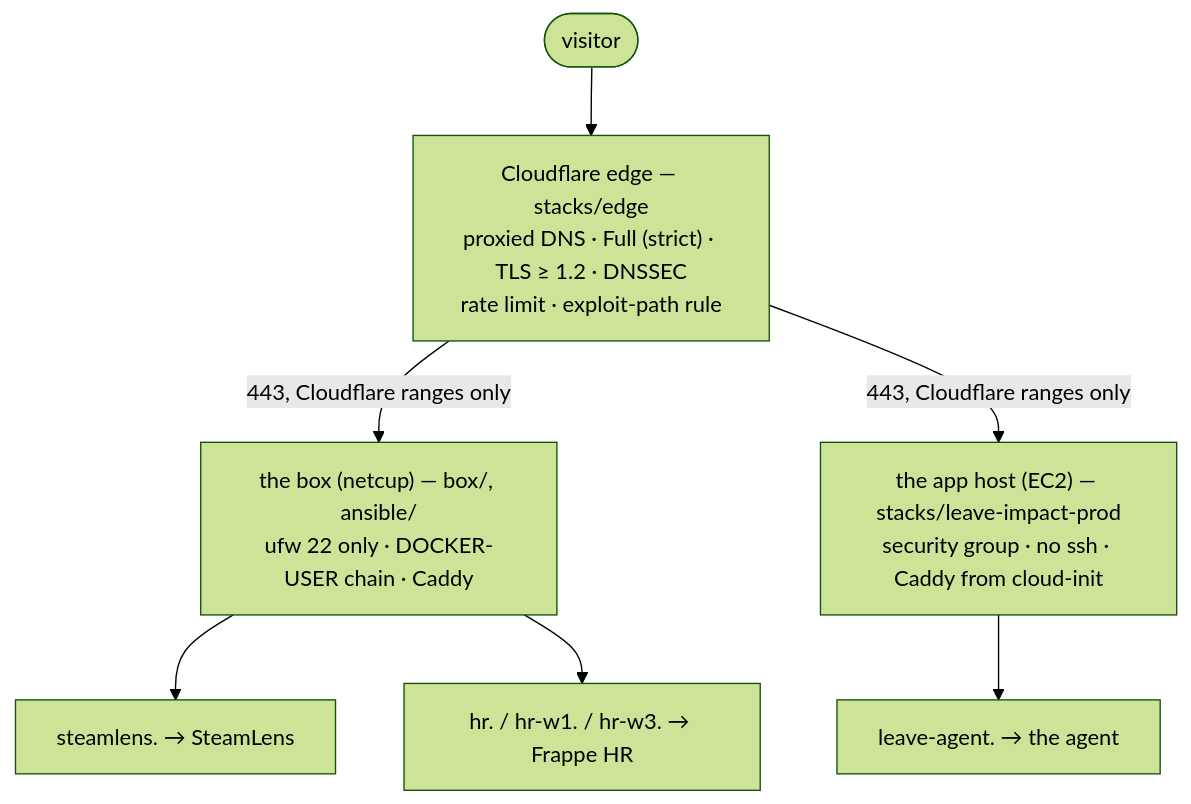
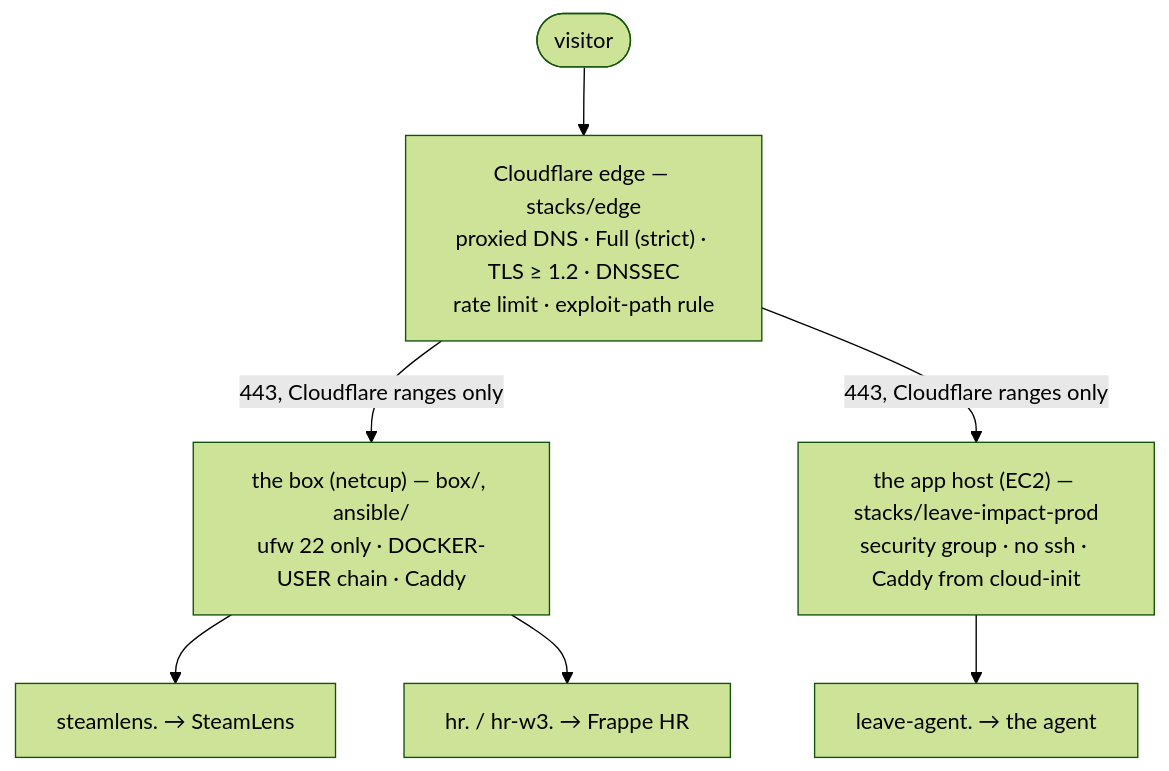
Before and after one commit to arda-basarici/platform: the diagram in README.md, drawn with Mermaid (forest theme). The commit also changed other lines of this file and 7 other files, not shown here.

````diff
--- a/README.md
+++ b/README.md
@@ -69,14 +69,14 @@
 ```mermaid
 %%{init: {"flowchart": {"diagramPadding": 150}}}%%
 flowchart TD
     V([visitor]) --> CF["`Cloudflare edge — stacks/edge
     proxied DNS · Full (strict) · TLS ≥ 1.2 · DNSSEC
     rate limit · exploit-path rule`"]
     CF -->|"443, Cloudflare ranges only"| BOX["`the box (netcup) — box/, ansible/
     ufw 22 only · DOCKER-USER chain · Caddy`"]
     CF -->|"443, Cloudflare ranges only"| AWS["`the app host (EC2) — stacks/leave-impact-prod
     security group · no ssh · Caddy from cloud-init`"]
     BOX --> SL["steamlens. → SteamLens"]
-    BOX --> HR["hr. / hr-w1. / hr-w3. → Frappe HR"]
+    BOX --> HR["hr. / hr-w3. → Frappe HR"]
     AWS --> LA["leave-agent. → the agent"]
 ```
````
